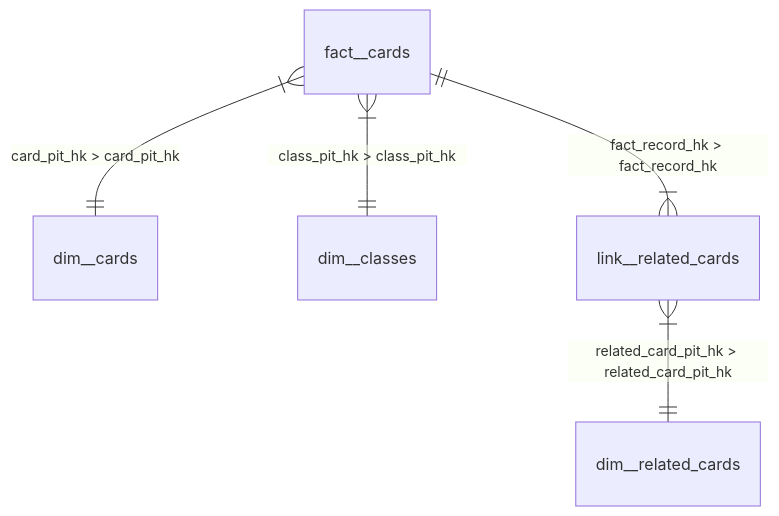
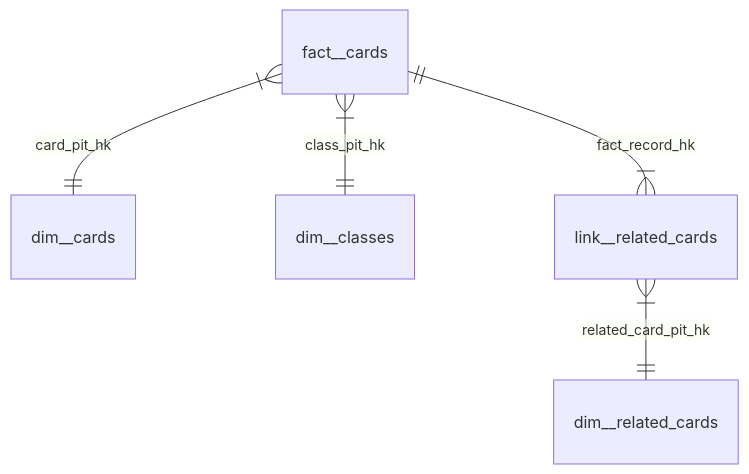
One commit to mattiasthalen/arcane-insight changed the second of 2 diagrams in README.md. Above: the diagram before and after it, drawn with Mermaid.

Commit message:
Simplify link names in mart__cards ERD

````diff
--- a/README.md
+++ b/README.md
@@ -31,8 +31,8 @@
 ```mermaid
 erDiagram
-    fact__cards }|--|| dim__cards: "card_pit_hk > card_pit_hk"
-    fact__cards }|--|| dim__classes: "class_pit_hk > class_pit_hk"
+    fact__cards }|--|| dim__cards: "card_pit_hk"
+    fact__cards }|--|| dim__classes: "class_pit_hk"
     
-    fact__cards ||--|{ link__related_cards: "fact_record_hk > fact_record_hk"
-    link__related_cards }|--|| dim__related_cards: "related_card_pit_hk > related_card_pit_hk"
+    fact__cards ||--|{ link__related_cards: "fact_record_hk"
+    link__related_cards }|--|| dim__related_cards: "related_card_pit_hk"
 ```
````
